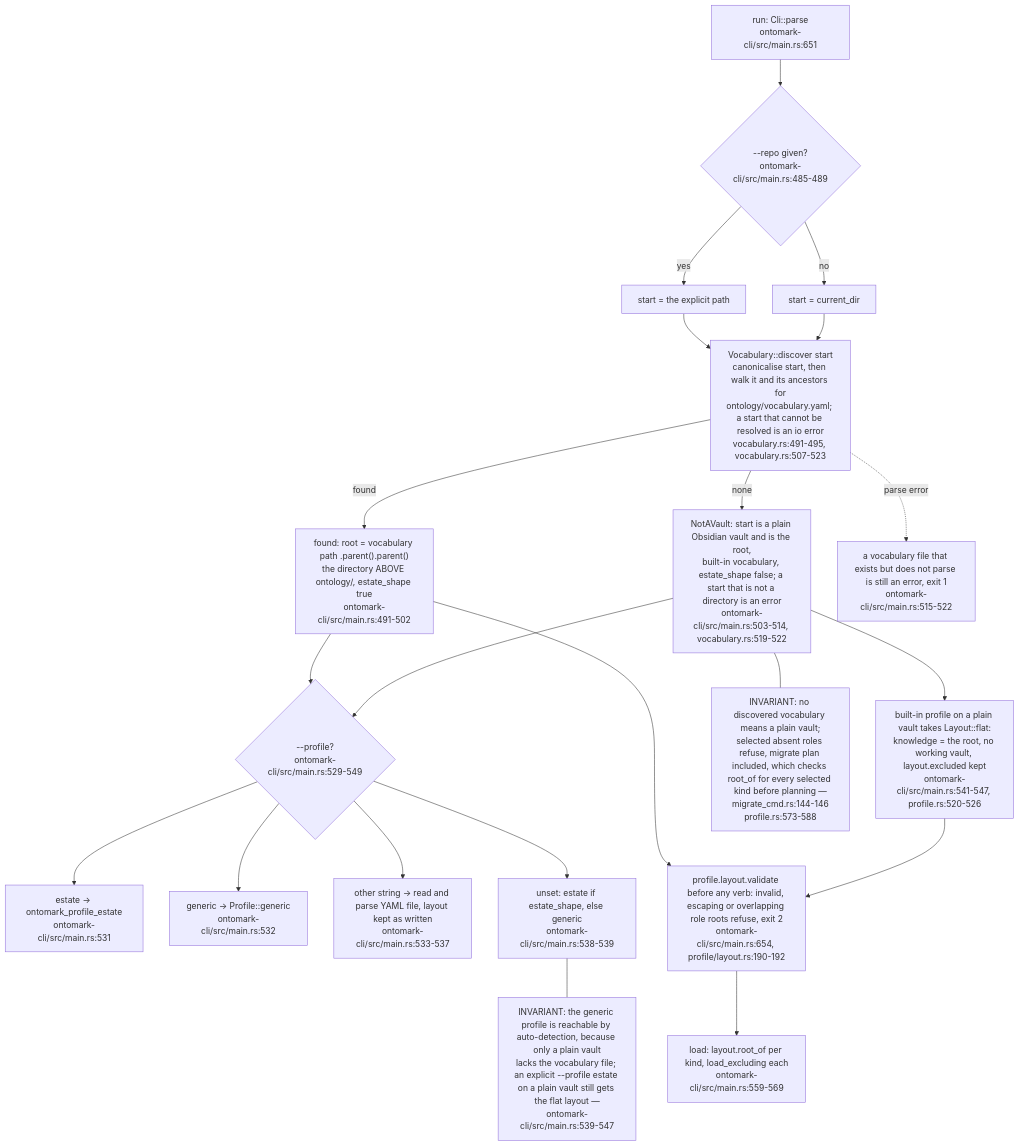
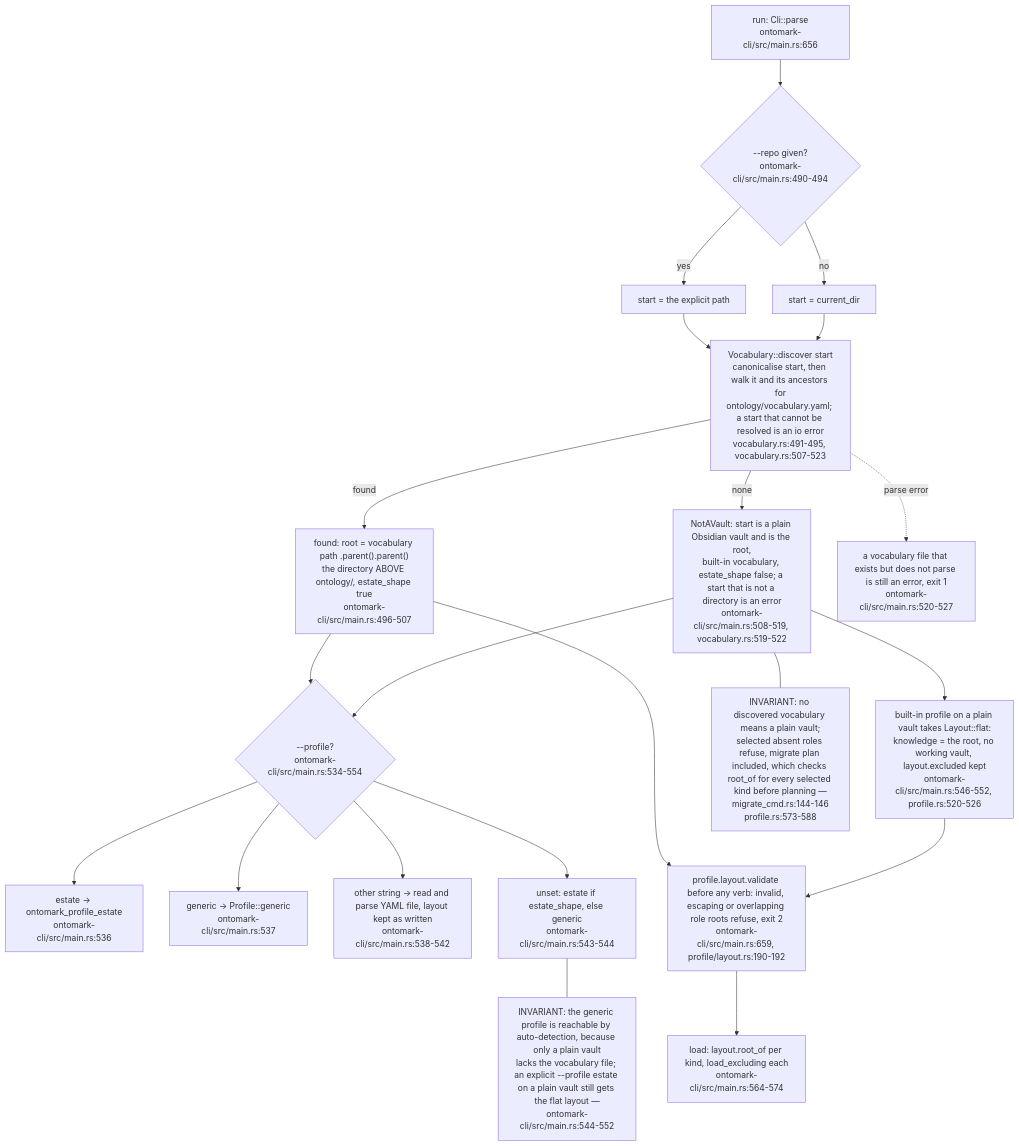
The fourth of 6 diagrams in docs/diagrams/ontomark/05-cli-commands-vault-selector-and-exit-codes.md (DreamLab-AI/VisionFlow), drawn with Mermaid before and after one commit. The commit also changed other lines of this file and 59 other files, not shown here.

First line of the commit message:
docs(diagrams): re-derive and re-stamp forum, website, pod, ontomark and sealmap topics

````diff
--- a/docs/diagrams/ontomark/05-cli-commands-vault-selector-and-exit-codes.md
+++ b/docs/diagrams/ontomark/05-cli-commands-vault-selector-and-exit-codes.md
@@ -158,41 +158,41 @@
 ```mermaid
 flowchart TD
-    START["run: Cli::parse<br/>ontomark-cli/src/main.rs:651"]
-    EXPL{"--repo given?<br/>ontomark-cli/src/main.rs:485-489"}
+    START["run: Cli::parse<br/>ontomark-cli/src/main.rs:656"]
+    EXPL{"--repo given?<br/>ontomark-cli/src/main.rs:490-494"}
     P1["start = the explicit path"]
     P2["start = current_dir"]
     DISC["Vocabulary::discover start<br/>canonicalise start, then walk it and its ancestors for<br/>ontology/vocabulary.yaml; a start that cannot be resolved is an io error<br/>vocabulary.rs:491-495, vocabulary.rs:507-523"]
-    ESTATE["found: root = vocabulary path .parent().parent()<br/>the directory ABOVE ontology/, estate_shape true<br/>ontomark-cli/src/main.rs:491-502"]
-    PLAIN["NotAVault: start is a plain Obsidian vault and is the root,<br/>built-in vocabulary, estate_shape false; a start that is not a directory is an error<br/>ontomark-cli/src/main.rs:503-514, vocabulary.rs:519-522"]
-    BADV["a vocabulary file that exists but does not parse is still an error, exit 1<br/>ontomark-cli/src/main.rs:515-522"]
-    PROF{"--profile?<br/>ontomark-cli/src/main.rs:529-549"}
-    EST["estate -> ontomark_profile_estate<br/>ontomark-cli/src/main.rs:531"]
-    GEN["generic -> Profile::generic<br/>ontomark-cli/src/main.rs:532"]
-    YAML["other string -> read and parse YAML file, layout kept as written<br/>ontomark-cli/src/main.rs:533-537"]
-    AUTO["unset: estate if estate_shape, else generic<br/>ontomark-cli/src/main.rs:538-539"]
-    FLAT["built-in profile on a plain vault takes Layout::flat:<br/>knowledge = the root, no working vault, layout.excluded kept<br/>ontomark-cli/src/main.rs:541-547, profile.rs:520-526"]
-    LCHK["profile.layout.validate before any verb: invalid, escaping or overlapping role roots refuse, exit 2<br/>ontomark-cli/src/main.rs:654, profile/layout.rs:190-192"]
-    LOAD["load: layout.root_of per kind, load_excluding each<br/>ontomark-cli/src/main.rs:559-569"]
+    ESTATE["found: root = vocabulary path .parent().parent()<br/>the directory ABOVE ontology/, estate_shape true<br/>ontomark-cli/src/main.rs:496-507"]
+    PLAIN["NotAVault: start is a plain Obsidian vault and is the root,<br/>built-in vocabulary, estate_shape false; a start that is not a directory is an error<br/>ontomark-cli/src/main.rs:508-519, vocabulary.rs:519-522"]
+    BADV["a vocabulary file that exists but does not parse is still an error, exit 1<br/>ontomark-cli/src/main.rs:520-527"]
+    PROF{"--profile?<br/>ontomark-cli/src/main.rs:534-554"}
+    EST["estate -> ontomark_profile_estate<br/>ontomark-cli/src/main.rs:536"]
+    GEN["generic -> Profile::generic<br/>ontomark-cli/src/main.rs:537"]
+    YAML["other string -> read and parse YAML file, layout kept as written<br/>ontomark-cli/src/main.rs:538-542"]
+    AUTO["unset: estate if estate_shape, else generic<br/>ontomark-cli/src/main.rs:543-544"]
+    FLAT["built-in profile on a plain vault takes Layout::flat:<br/>knowledge = the root, no working vault, layout.excluded kept<br/>ontomark-cli/src/main.rs:546-552, profile.rs:520-526"]
+    LCHK["profile.layout.validate before any verb: invalid, escaping or overlapping role roots refuse, exit 2<br/>ontomark-cli/src/main.rs:659, profile/layout.rs:190-192"]
+    LOAD["load: layout.root_of per kind, load_excluding each<br/>ontomark-cli/src/main.rs:564-574"]
     START --> EXPL
     EXPL -->|yes| P1
     EXPL -->|no| P2
     P1 --> DISC
     P2 --> DISC
     DISC -->|found| ESTATE
     DISC -->|none| PLAIN
     DISC -.->|parse error| BADV
     ESTATE --> PROF
     PLAIN --> PROF
     PROF --> EST
     PROF --> GEN
     PROF --> YAML
     PROF --> AUTO
     PLAIN --> FLAT
     ESTATE --> LCHK
     FLAT --> LCHK
     LCHK --> LOAD
     n1["INVARIANT: no discovered vocabulary means a plain vault;<br/>selected absent roles refuse, migrate plan included, which checks root_of for every selected kind before planning —<br/>migrate_cmd.rs:144-146<br/>profile.rs:573-588"]
-    n2["INVARIANT: the generic profile is reachable by auto-detection, because only a plain vault<br/>lacks the vocabulary file; an explicit --profile estate on a plain vault still gets the flat layout —<br/>ontomark-cli/src/main.rs:539-547"]
+    n2["INVARIANT: the generic profile is reachable by auto-detection, because only a plain vault<br/>lacks the vocabulary file; an explicit --profile estate on a plain vault still gets the flat layout —<br/>ontomark-cli/src/main.rs:544-552"]
     PLAIN --- n1
     AUTO --- n2
 ```
````
